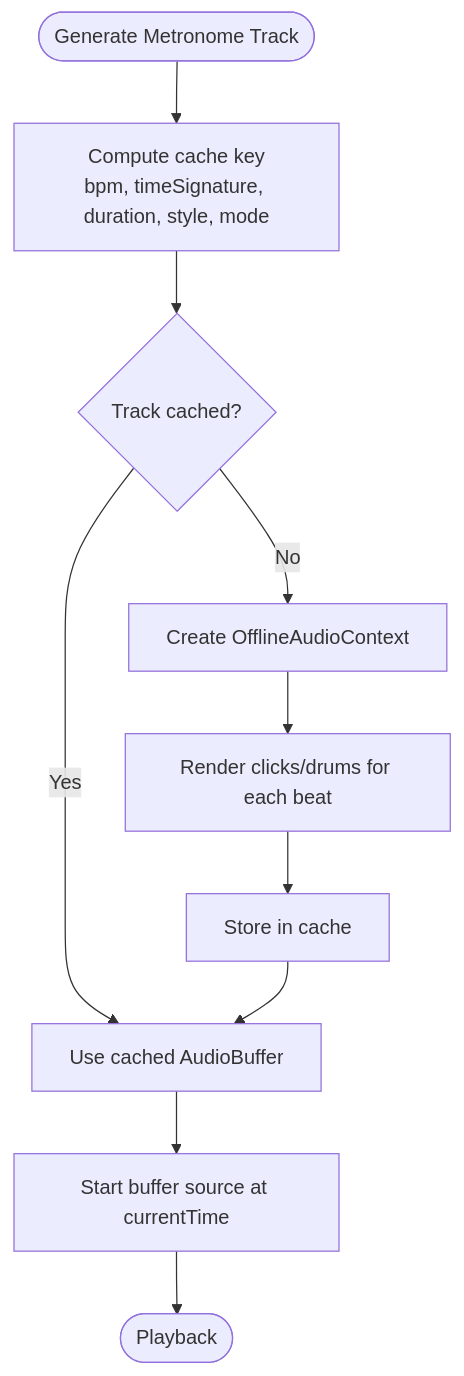
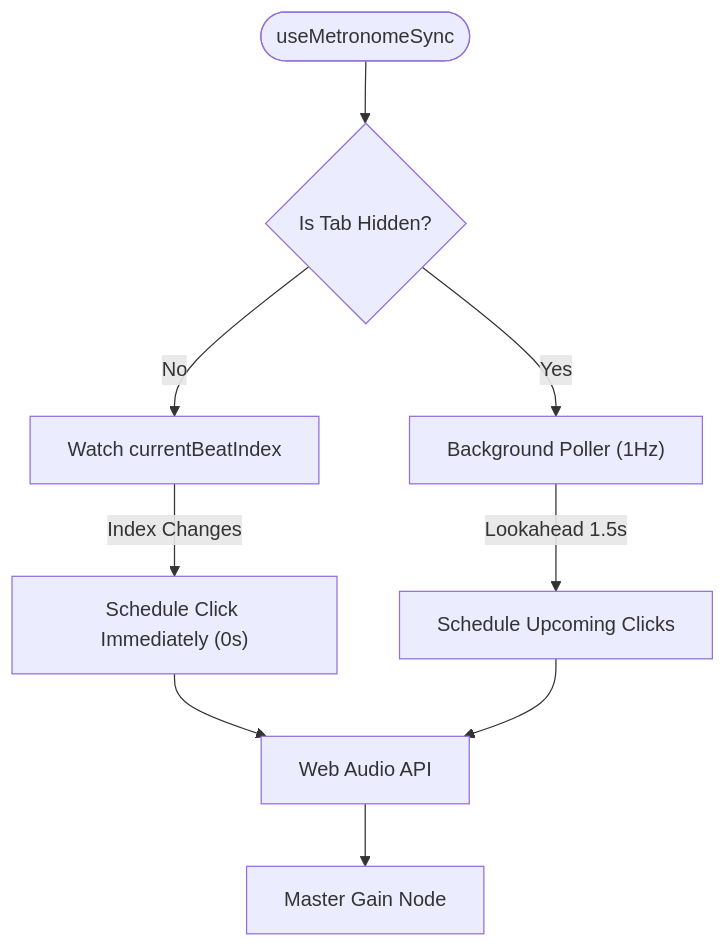
One commit to ptnghia-j/ChordMiniApp changed the fifth of 8 diagrams in .qoder/repowiki/en/content/Frontend Application/API Integration and Service Layer/Chord Playback Service.md. Above: the diagram before and after it, drawn with Mermaid. The commit also changed other lines of this file and 22 other files, not shown here.

Commit message:
experimenting stagnated local beat alignment, patched metronome playback scheduling

````diff
--- a/.qoder/repowiki/en/content/Frontend Application/API Integration and Service Layer/Chord Playback Service.md
+++ b/.qoder/repowiki/en/content/Frontend Application/API Integration and Service Layer/Chord Playback Service.md
@@ -263,12 +261,11 @@
 ```mermaid
 flowchart TD
-Start(["Generate Metronome Track"]) --> Params["Compute cache key<br/>bpm, timeSignature, duration, style, mode"]
-Params --> Cached{"Track cached?"}
-Cached --> |Yes| UseCache["Use cached AudioBuffer"]
-Cached --> |No| Offline["Create OfflineAudioContext"]
-Offline --> Render["Render clicks/drums for each beat"]
-Render --> SaveCache["Store in cache"]
-SaveCache --> UseCache
-UseCache --> Play["Start buffer source at currentTime"]
-Play --> End(["Playback"])
+Start(["useMetronomeSync"]) --> Env{"Is Tab Hidden?"}
+Env --> |No| Foreground["Watch currentBeatIndex"]
+Foreground --> |Index Changes| ScheduleNow["Schedule Click Immediately (0s)"]
+Env --> |Yes| Background["Background Poller (1Hz)"]
+Background --> |Lookahead 1.5s| ScheduleFuture["Schedule Upcoming Clicks"]
+ScheduleNow --> Audio["Web Audio API"]
+ScheduleFuture --> Audio
+Audio --> MasterGain["Master Gain Node"]
 ```
````
